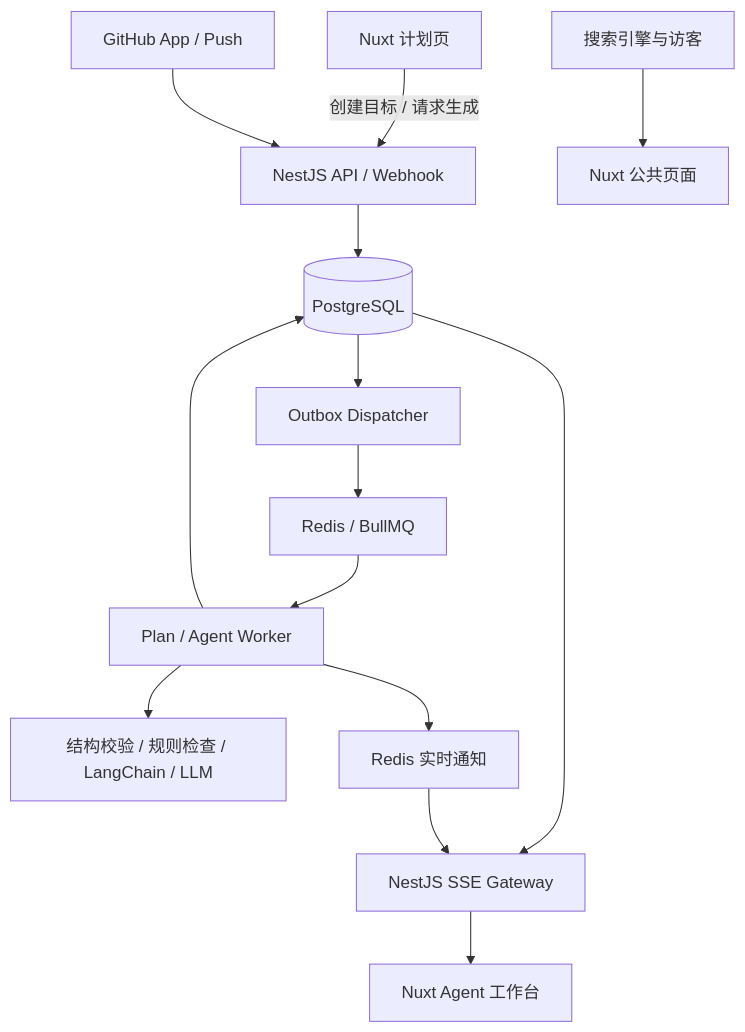
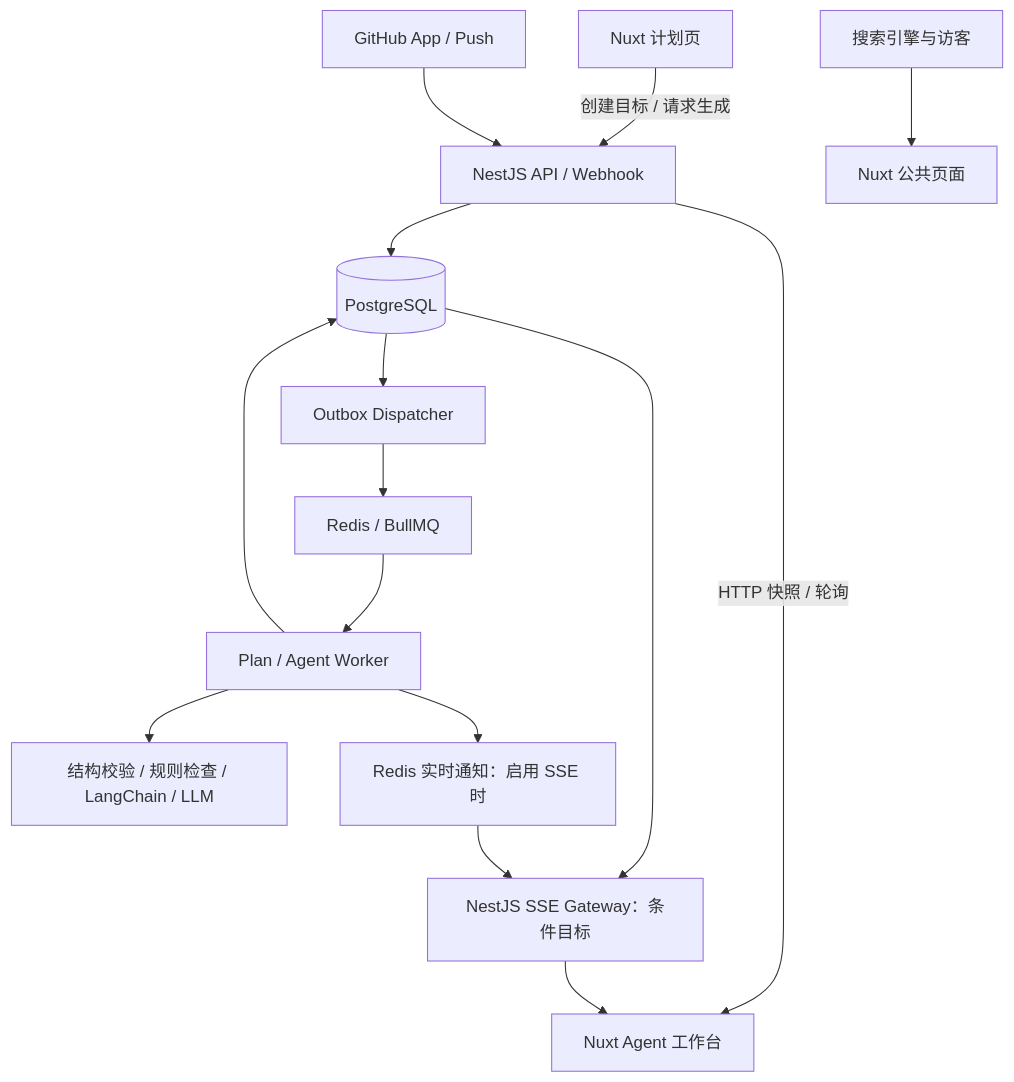
The third of 3 diagrams in docs/KnowledgeOps-Agent-9月求职版PRD.md (Gerden31145/KnowledgeOps-Agent), drawn with Mermaid before and after one commit. The commit also changed other lines of this file and 7 other files, not shown here.

````diff
--- a/docs/KnowledgeOps-Agent-9月求职版PRD.md
+++ b/docs/KnowledgeOps-Agent-9月求职版PRD.md
@@ -503,16 +514,17 @@
 ```mermaid
 flowchart TD
     P[Nuxt 计划页] -->|创建目标 / 请求生成| B[NestJS API / Webhook]
     A[GitHub App / Push] --> B
     B --> C[(PostgreSQL)]
+    B -->|HTTP 快照 / 轮询| J[Nuxt Agent 工作台]
     C --> D[Outbox Dispatcher]
     D --> E[Redis / BullMQ]
     E --> F[Plan / Agent Worker]
     F --> G[结构校验 / 规则检查 / LangChain / LLM]
     F --> C
-    F --> H[Redis 实时通知]
-    C --> I[NestJS SSE Gateway]
+    F --> H[Redis 实时通知：启用 SSE 时]
+    C --> I[NestJS SSE Gateway：条件目标]
     H --> I
-    I --> J[Nuxt Agent 工作台]
+    I --> J
     K[搜索引擎与访客] --> L[Nuxt 公共页面]
 ```
````
